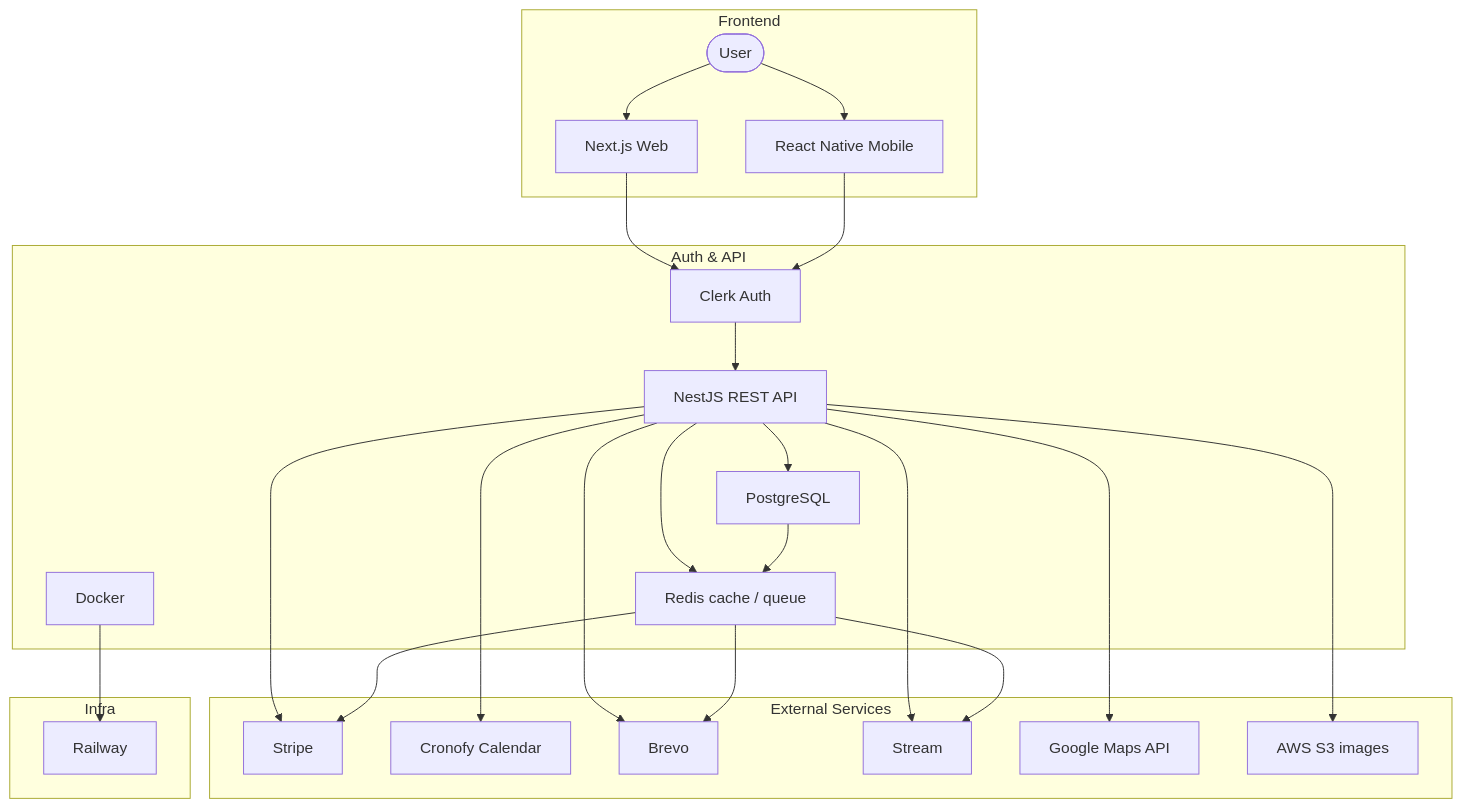
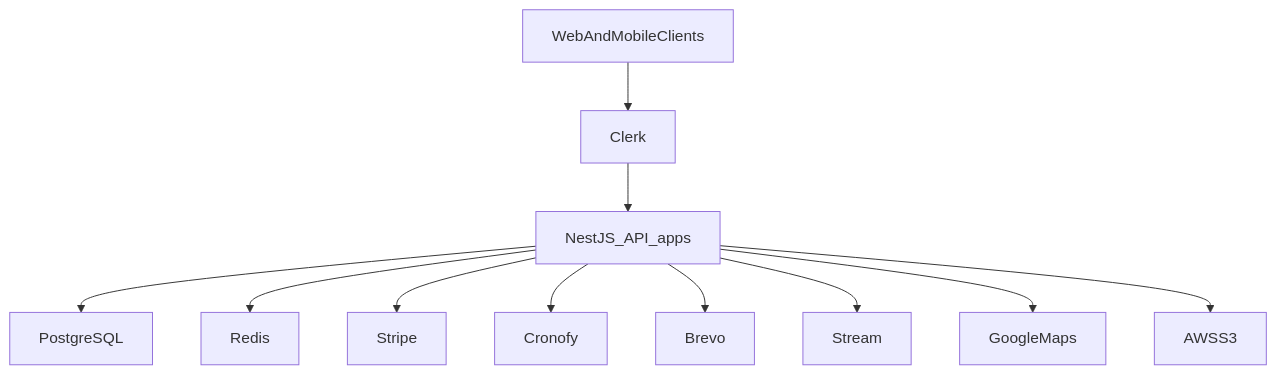
Before and after one commit to LabsFood/LF-BackEnd: the diagram in stack.md, drawn with Mermaid. The commit also changed other lines of this file and 13 other files, not shown here.

````diff
--- a/stack.md
+++ b/stack.md
@@ -64,53 +48,25 @@
-``` mermaid
-graph TD
-    subgraph Frontend
-        A([User])
-        B[Next.js Web]
-        C[React Native Mobile]
-    end
+```mermaid
+flowchart TD
+    clients[WebAndMobileClients]
+    clerk[Clerk]
+    api[NestJS_API_apps]
+    pg[PostgreSQL]
+    redis[Redis]
+    stripe[Stripe]
+    cronofy[Cronofy]
+    brevo[Brevo]
+    stream[Stream]
+    maps[GoogleMaps]
+    s3[AWSS3]
 
-    subgraph Auth_and_API["Auth & API"]
-        D[Clerk Auth]
-        E[NestJS REST API]
-        F[Docker]
-        G[Redis cache / queue]
-        H[PostgreSQL]
-    end
-
-    subgraph External_Services["External Services"]
-        I[Stripe]
-        J[Cronofy Calendar]
-        K[Brevo]
-        L[Stream]
-        M[Google Maps API]
-        N[AWS S3 images]
-    end
-
-    subgraph Infra
-        O[Railway]
-    end
-
-    A --> B
-    A --> C
-    B --> D
-    C --> D
-    D --> E
-
-    E --> H
-    E --> G
-
-    E --> I
-    E --> J
-    E --> K
-    E --> L
-    E --> M
-    E --> N
-
-    G --> K
-    G --> L
-    G --> I
-
-    H --> G
-
-    F --> O
+    clients --> clerk
+    clerk --> api
+    api --> pg
+    api --> redis
+    api --> stripe
+    api --> cronofy
+    api --> brevo
+    api --> stream
+    api --> maps
+    api --> s3
 ```
````
